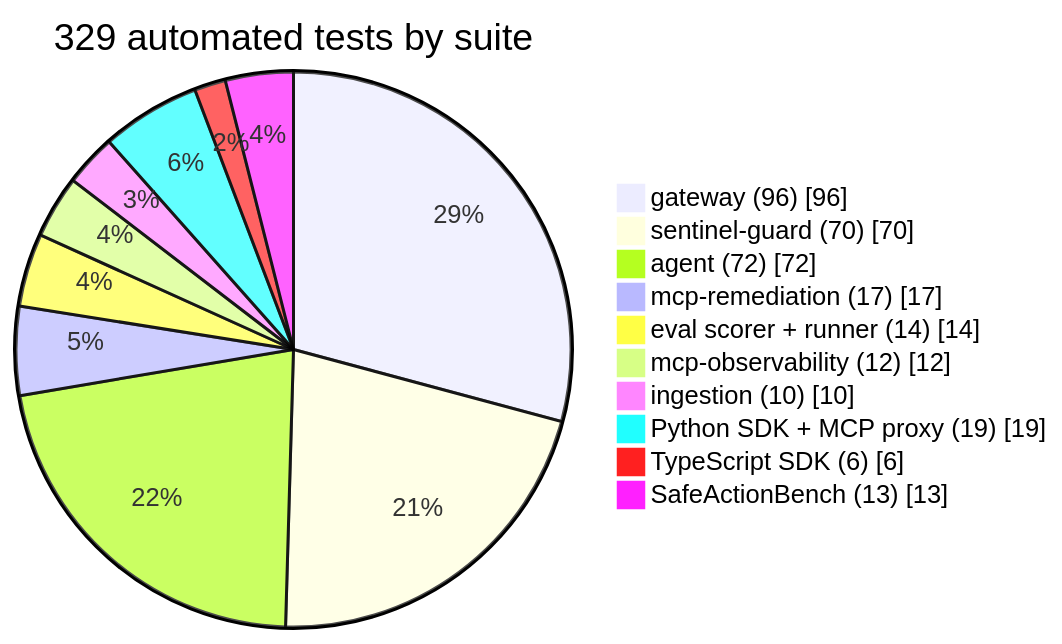
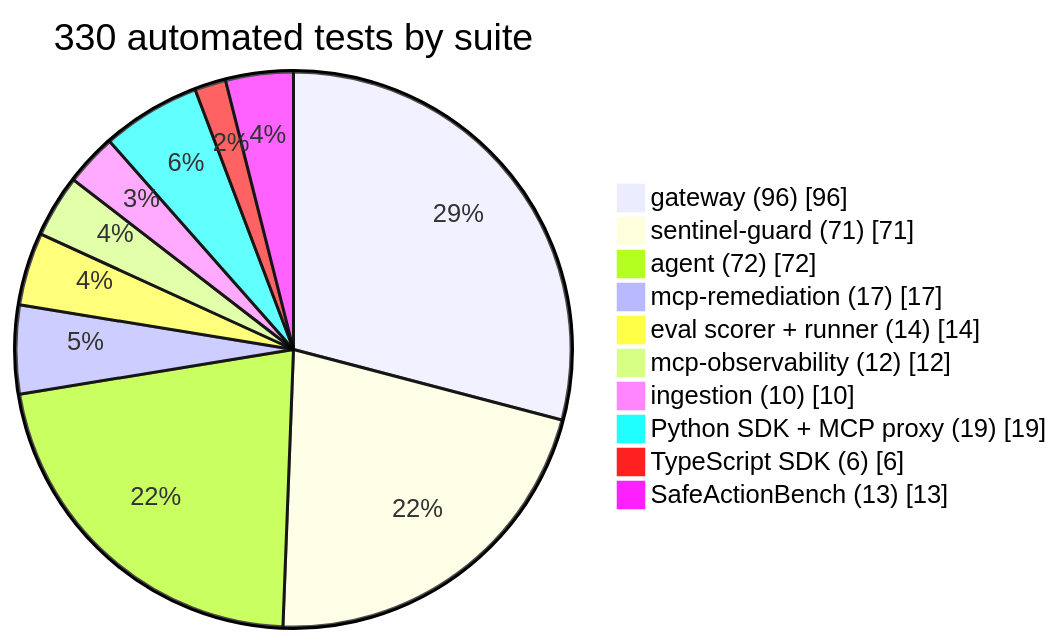
The diagram in docs/handbook/diagrams/14-chart-tests-by-suite.mmd (abdulmdev/sentinel-incident-copilot), drawn with Mermaid before and after one commit. The commit also changed 16 other files, not shown here.

```diff
--- a/docs/handbook/diagrams/14-chart-tests-by-suite.mmd
+++ b/docs/handbook/diagrams/14-chart-tests-by-suite.mmd
@@ -1,12 +1,12 @@
 pie showData
-  title 329 automated tests by suite
+  title 330 automated tests by suite
   "gateway (96)" : 96
-  "sentinel-guard (70)" : 70
+  "sentinel-guard (71)" : 71
   "agent (72)" : 72
   "mcp-remediation (17)" : 17
   "eval scorer + runner (14)" : 14
   "mcp-observability (12)" : 12
   "ingestion (10)" : 10
   "Python SDK + MCP proxy (19)" : 19
   "TypeScript SDK (6)" : 6
   "SafeActionBench (13)" : 13
```
